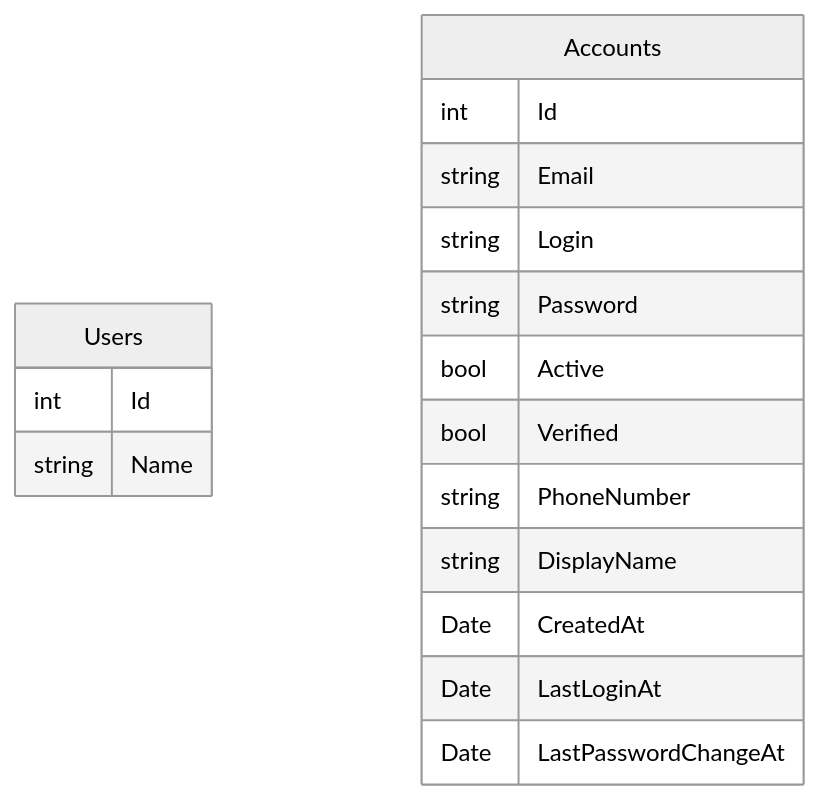
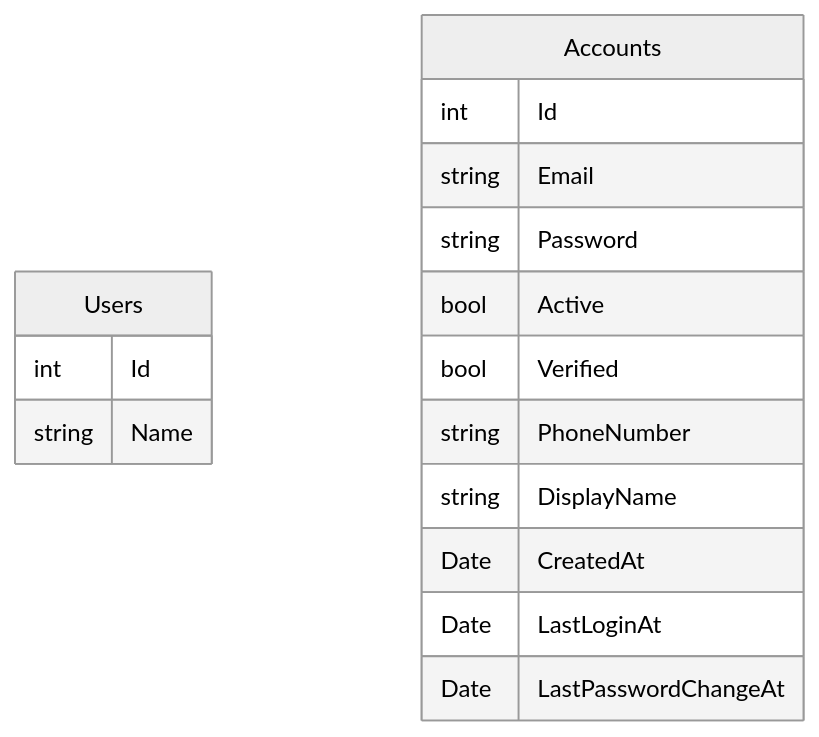
One commit to zpi-2023/SensoBackend changed the diagram in README.md. Above: the diagram before and after it, drawn with Mermaid (neutral theme). The commit also changed 3 other files, not shown here.

````diff
--- a/README.md
+++ b/README.md
@@ -78,21 +78,20 @@
 ```mermaid
 erDiagram
     Users {
         int Id 
         string Name 
     }
 
     Accounts {
         int Id
         string Email
-        string Login
         string Password
         bool Active
         bool Verified
         string PhoneNumber
         string DisplayName
         Date CreatedAt
         Date LastLoginAt
         Date LastPasswordChangeAt
     }
 ```
````
